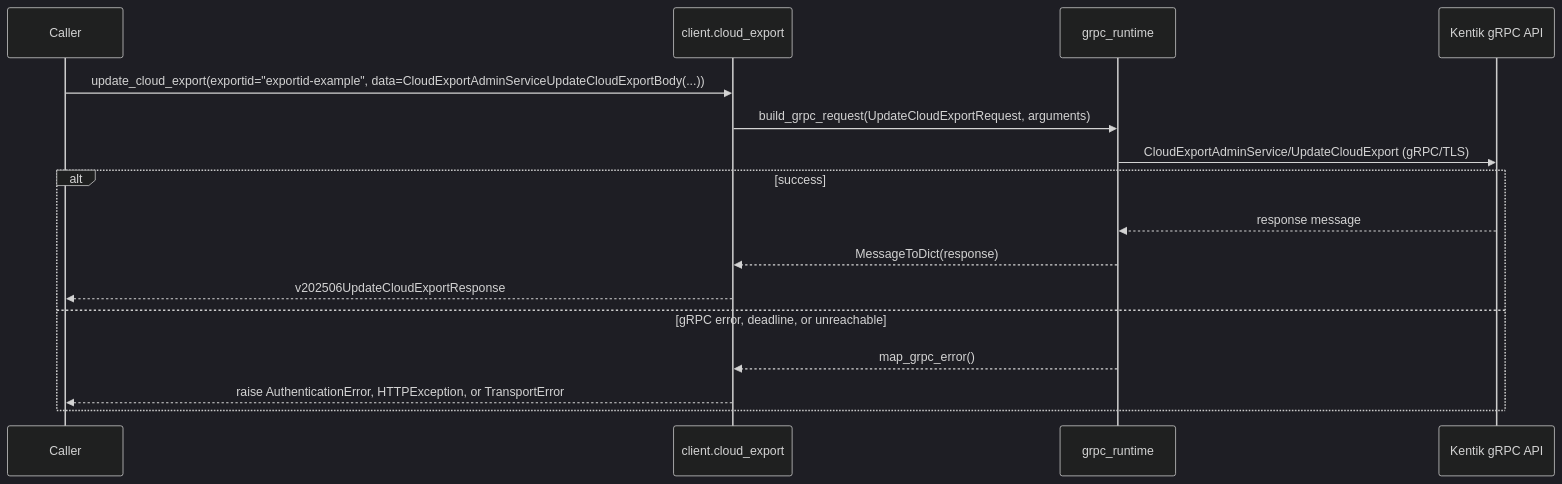
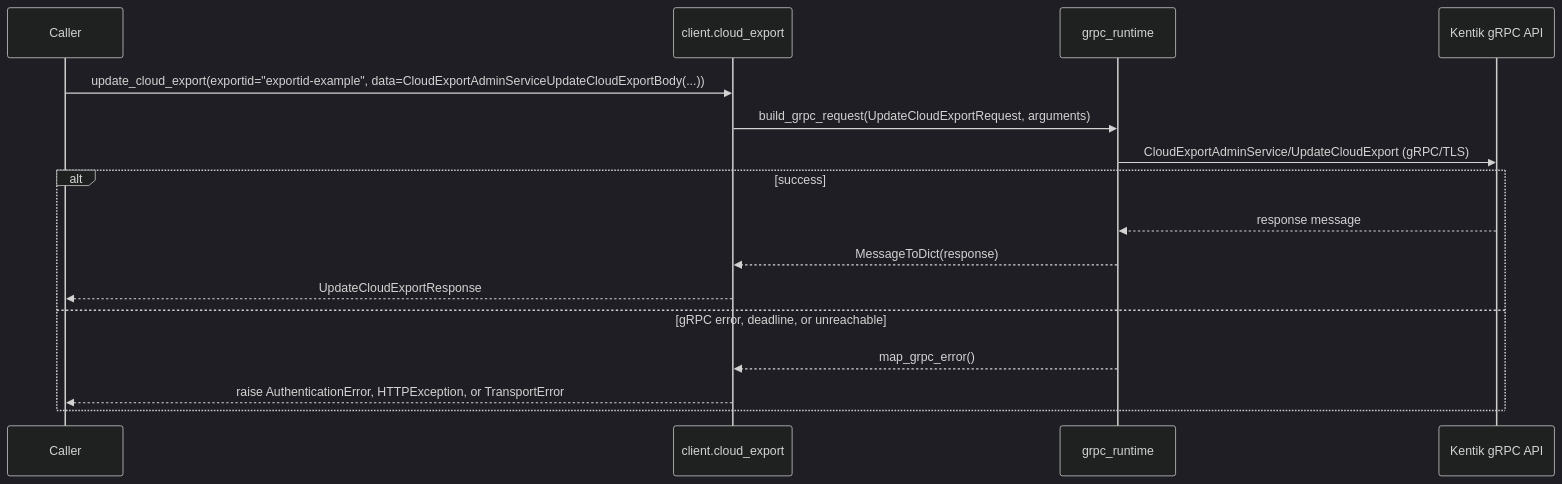
Before and after one commit to alexdearaujo/community_sdk_python: the ninth of 12 diagrams in docs/sphinx/services/cloud_export.md, drawn with Mermaid (dark theme). The commit also changed other lines of this file and 38 other files, not shown here.

````diff
--- a/docs/sphinx/services/cloud_export.md
+++ b/docs/sphinx/services/cloud_export.md
@@ -279,19 +279,19 @@
 ```mermaid
 sequenceDiagram
     participant C as Caller
     participant W as client.cloud_export
     participant R as grpc_runtime
     participant API as Kentik gRPC API
 
     C->>W: update_cloud_export(exportid="exportid-example", data=CloudExportAdminServiceUpdateCloudExportBody(...))
     W->>R: build_grpc_request(UpdateCloudExportRequest, arguments)
     R->>API: CloudExportAdminService/UpdateCloudExport (gRPC/TLS)
     alt success
         API-->>R: response message
         R-->>W: MessageToDict(response)
-        W-->>C: v202506UpdateCloudExportResponse
+        W-->>C: UpdateCloudExportResponse
     else gRPC error, deadline, or unreachable
         R-->>W: map_grpc_error()
         W-->>C: raise AuthenticationError, HTTPException, or TransportError
     end
 ```
````
